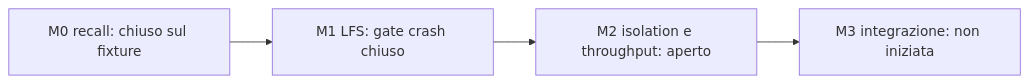
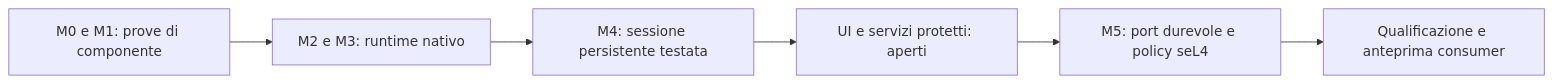
The diagram in docs/ROADMAP.md (FrySco19/VelaOS), drawn with Mermaid before and after one commit. The commit also changed other lines of this file and 11 other files, not shown here.

````diff
--- a/docs/ROADMAP.md
+++ b/docs/ROADMAP.md
@@ -25,6 +37,8 @@
 ```mermaid
 flowchart LR
-  M0[M0 recall: chiuso sul fixture] --> M1[M1 LFS: gate crash chiuso]
-  M1 --> M2[M2 isolation e throughput: aperto]
-  M2 --> M3[M3 integrazione: non iniziata]
+  A[M0 e M1: prove di componente] --> B[M2 e M3: runtime nativo]
+  B --> C[M4: sessione persistente testata]
+  C --> D[UI e servizi protetti: aperti]
+  D --> E[M5: port durevole e policy seL4]
+  E --> F[Qualificazione e anteprima consumer]
 ```
````
